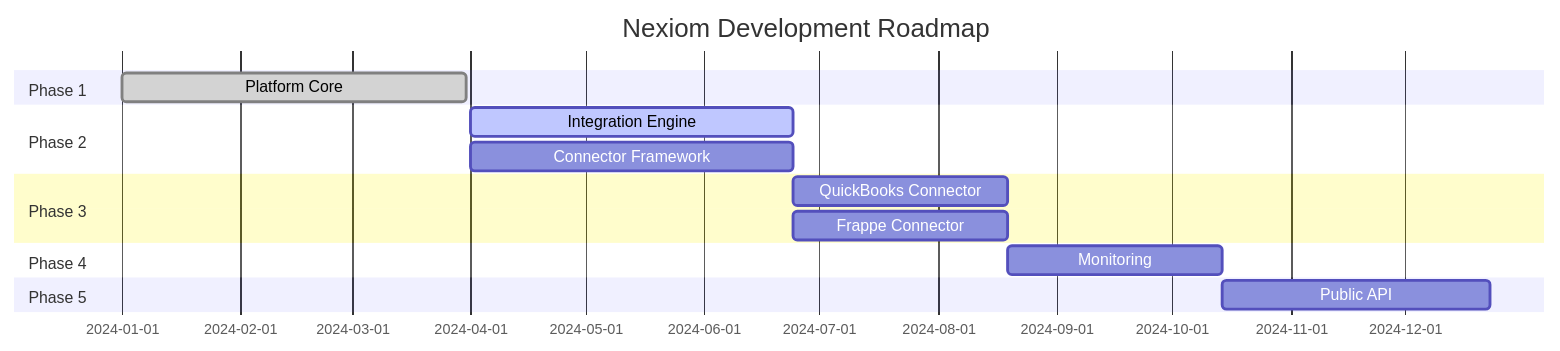
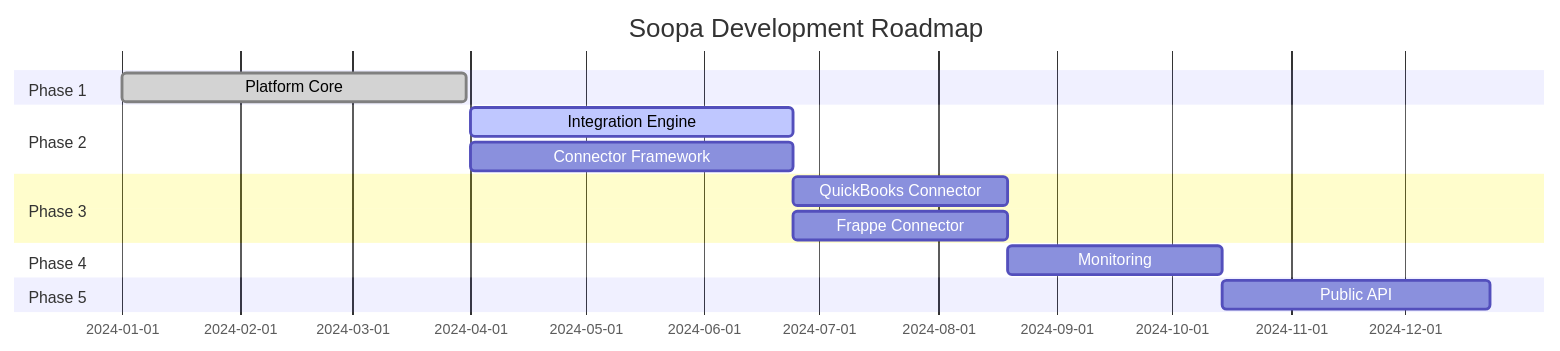
Diagram 12 of 18 in docs/draft/00_complete_product_understanding.md (pramodnarayana/nexiom), drawn with Mermaid before and after one commit. The commit also changed other lines of this file and 148 other files, not shown here.

````diff
--- a/docs/draft/00_complete_product_understanding.md
+++ b/docs/draft/00_complete_product_understanding.md
@@ -644,17 +644,17 @@
 ```mermaid
 gantt
-    title Nexiom Development Roadmap
+    title Soopa Development Roadmap
     dateFormat YYYY-MM-DD
     section Phase 1
     Platform Core           :done, p1, 2024-01-01, 90d
     section Phase 2
     Integration Engine      :active, p2, 2024-04-01, 84d
     Connector Framework     :p2, 2024-04-01, 84d
     section Phase 3
     QuickBooks Connector    :p3, 2024-06-24, 56d
     Frappe Connector        :p3, 2024-06-24, 56d
     section Phase 4
     Monitoring              :p4, 2024-08-19, 56d
     section Phase 5
     Public API              :p5, 2024-10-14, 70d
 ```
````
